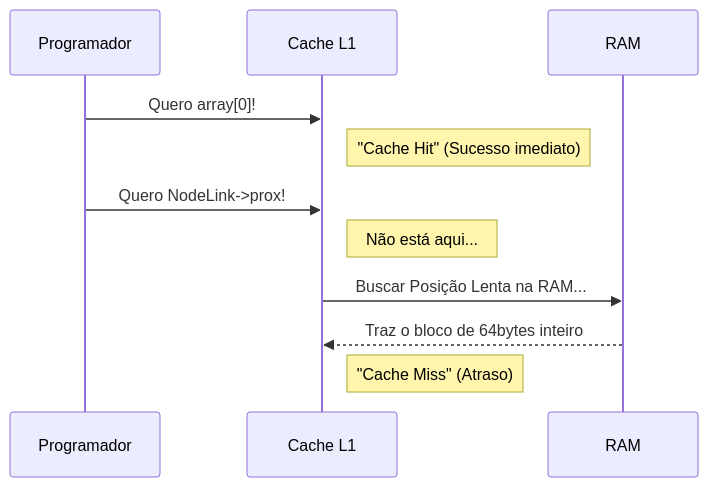
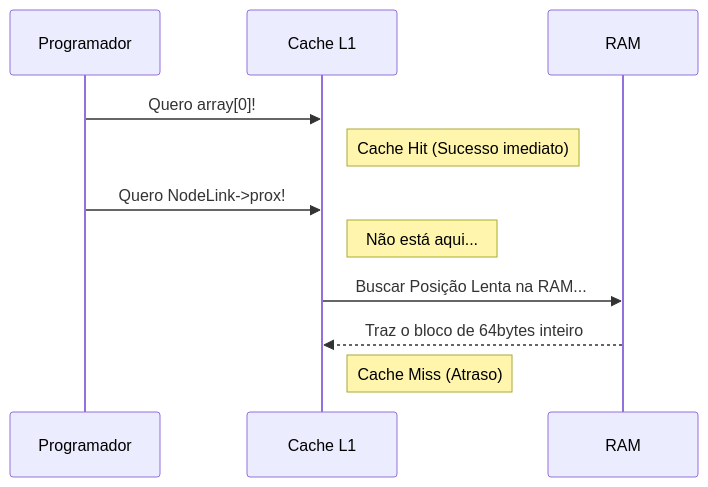
The diagram in docs/slides/slide-06.md (ricardotecpro/ads_extra_hardware_e_compiladores), drawn with Mermaid before and after one commit. The commit also changed other lines of this file and 33 other files, not shown here.

Commit message:
docs: corrige syntax de Mermaid nodes e expande slides p/ base arquitetural minima de 30 frames

````diff
--- a/docs/slides/slide-06.md
+++ b/docs/slides/slide-06.md
@@ -14,15 +14,15 @@
 ```mermaid
 sequenceDiagram
     participant P as Programador
     participant C as Cache L1
     participant R as RAM
     
     P->>C: Quero array[0]!
-    Note right of C: "Cache Hit" (Sucesso imediato)
+    Note right of C: Cache Hit (Sucesso imediato)
     
     P->>C: Quero NodeLink->prox!
     Note right of C: Não está aqui...
     C->>R: Buscar Posição Lenta na RAM...
     R-->>C: Traz o bloco de 64bytes inteiro
-    Note right of C: "Cache Miss" (Atraso)
+    Note right of C: Cache Miss (Atraso)
 ```
````
